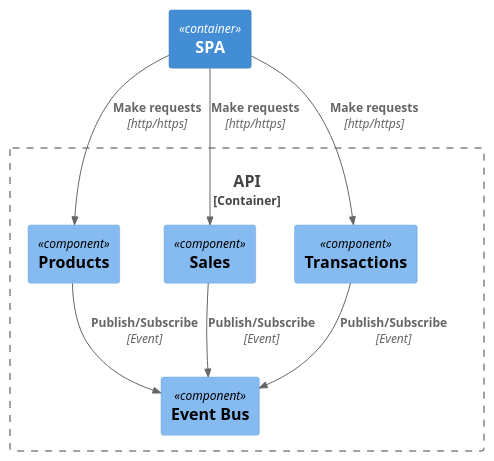
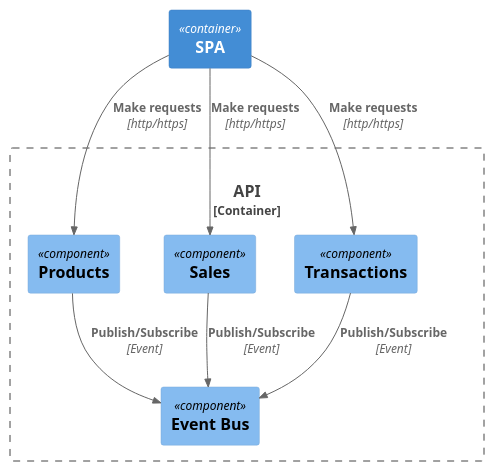
Before and after one commit to joav/simple-sales-business: the diagram in docs/diagrams/components/api.puml, drawn with PlantUML. The commit also changed 4 other files, not shown here.

```diff
--- a/docs/diagrams/components/api.puml
+++ b/docs/diagrams/components/api.puml
@@ -1,20 +1,20 @@
 @startuml API Components
 !include <C4/C4_Component>
 
-Container_Boundary(api, "API") {
+Container_Boundary(api, "API", "NodeJs/ExpressJs") {
   Component(products, "Products")
   Component(sales, "Sales")
   Component(transactions, "Transactions")
   Component(evb, "Event Bus")
 }
 
 Container(spa, "SPA")
 
 Rel(spa, products, "Make requests", "http/https")
 Rel(spa, sales, "Make requests", "http/https")
 Rel(spa, transactions, "Make requests", "http/https")
 Rel(products, evb, "Publish/Subscribe", "Event")
 Rel(sales, evb, "Publish/Subscribe", "Event")
 Rel(transactions, evb, "Publish/Subscribe", "Event")
 
 @enduml
```
